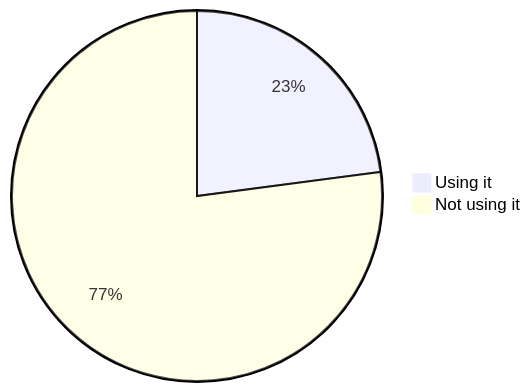
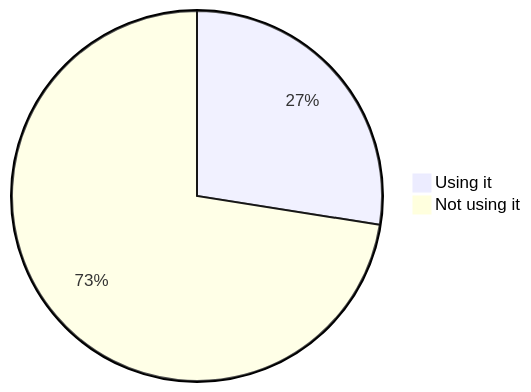
Before and after one commit to oshp/oshp-stats: diagram 16 of 22 in stats.md, drawn with Mermaid. The commit also changed other lines of this file, not shown here.

````diff
--- a/stats.md
+++ b/stats.md
@@ -190,6 +190,6 @@
 ```mermaid
 pie
-	"Using it" : 22.92
-	"Not using it" : 77.08
+	"Using it" : 27.49
+	"Not using it" : 72.51
 
 ```
````
